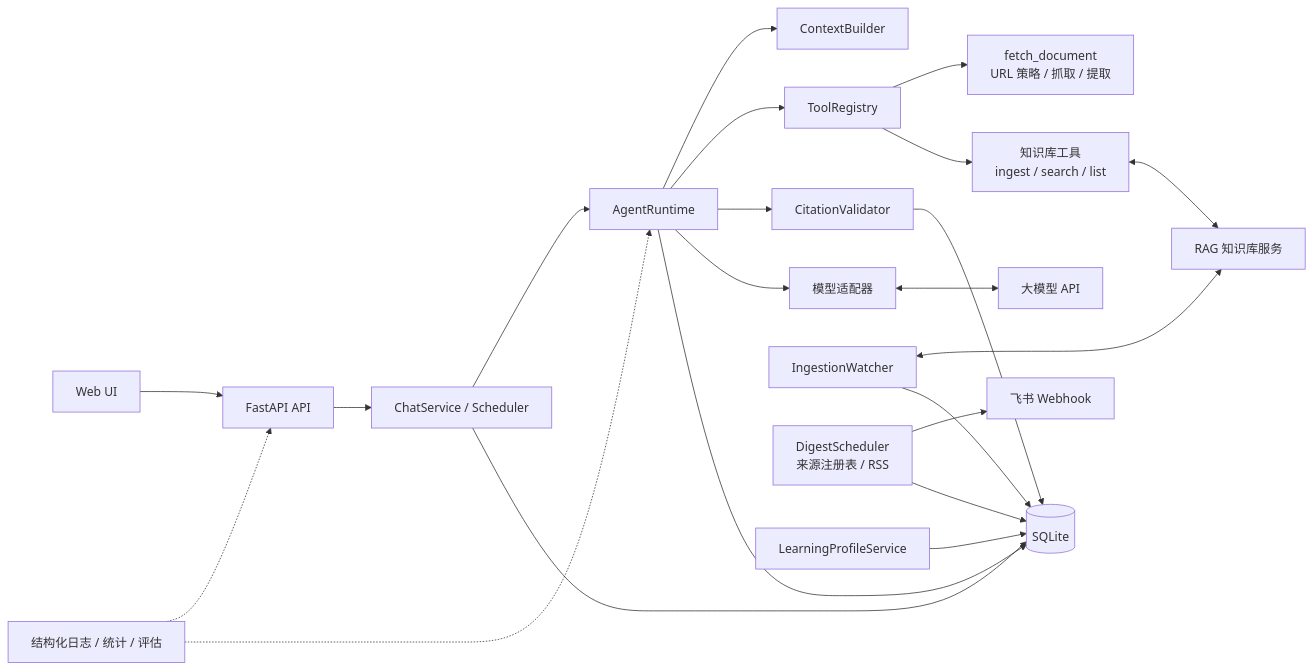
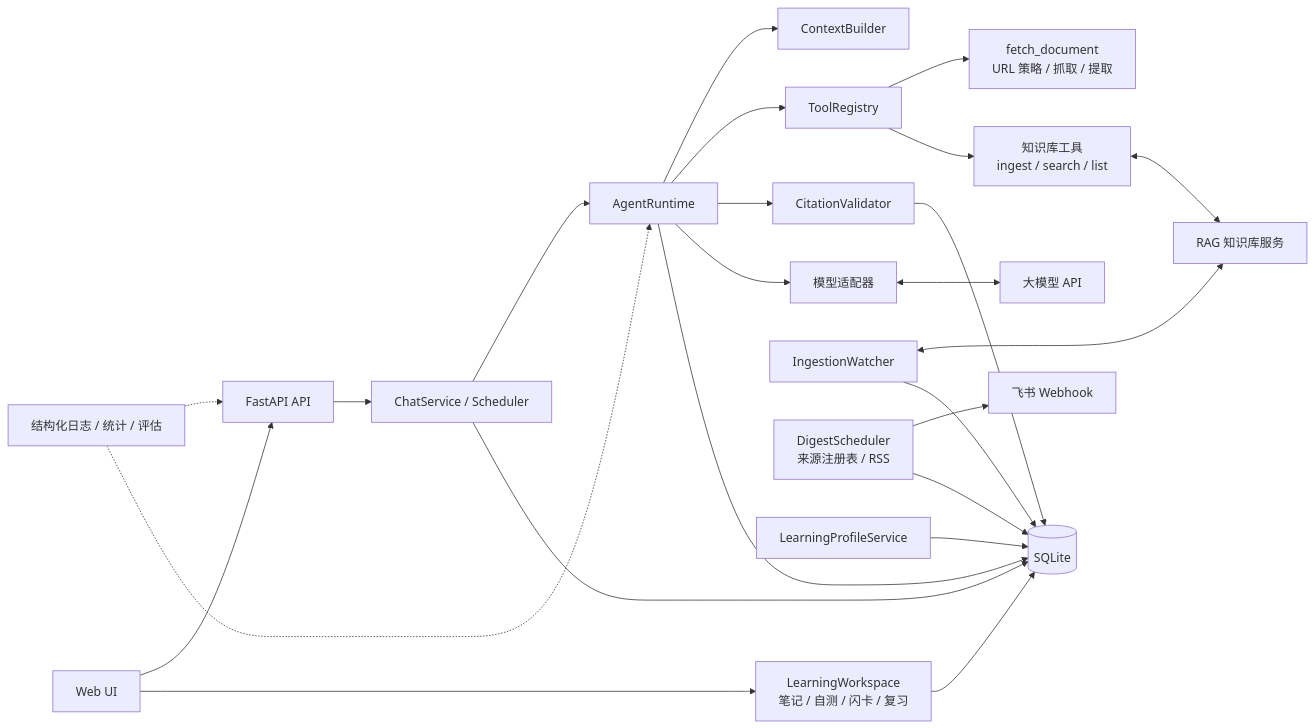
One commit to Rena-xie/ai_learning_agent changed the diagram in README.md. Above: the diagram before and after it, drawn with Mermaid. The commit also changed other lines of this file and 8 other files, not shown here.

````diff
--- a/README.md
+++ b/README.md
@@ -27,23 +29,25 @@
 ```mermaid
 flowchart LR
     UI["Web UI"] --> API["FastAPI API"]
     API --> SVC["ChatService / Scheduler"]
     SVC --> RT["AgentRuntime"]
     RT --> CTX["ContextBuilder"]
     RT --> TOOLS["ToolRegistry"]
     RT --> CITE["CitationValidator"]
     RT --> MODEL["模型适配器"] <--> LLM["大模型 API"]
     TOOLS --> FETCH["fetch_document<br/>URL 策略 / 抓取 / 提取"]
     TOOLS --> KB["知识库工具<br/>ingest / search / list"]
     KB <--> RAG["RAG 知识库服务"]
     WATCH["IngestionWatcher"] <--> RAG
     DIGEST["DigestScheduler<br/>来源注册表 / RSS"] --> FEISHU["飞书 Webhook"]
     DIGEST --> DB[("SQLite")]
     PROFILE["LearningProfileService"] --> DB
+    STUDY["LearningWorkspace<br/>笔记 / 自测 / 闪卡 / 复习"] --> DB
+    UI --> STUDY
     WATCH --> DB
     SVC --> DB
     RT --> DB
     CITE --> DB
     OBS["结构化日志 / 统计 / 评估"] -.-> API
     OBS -.-> RT
 ```
````
